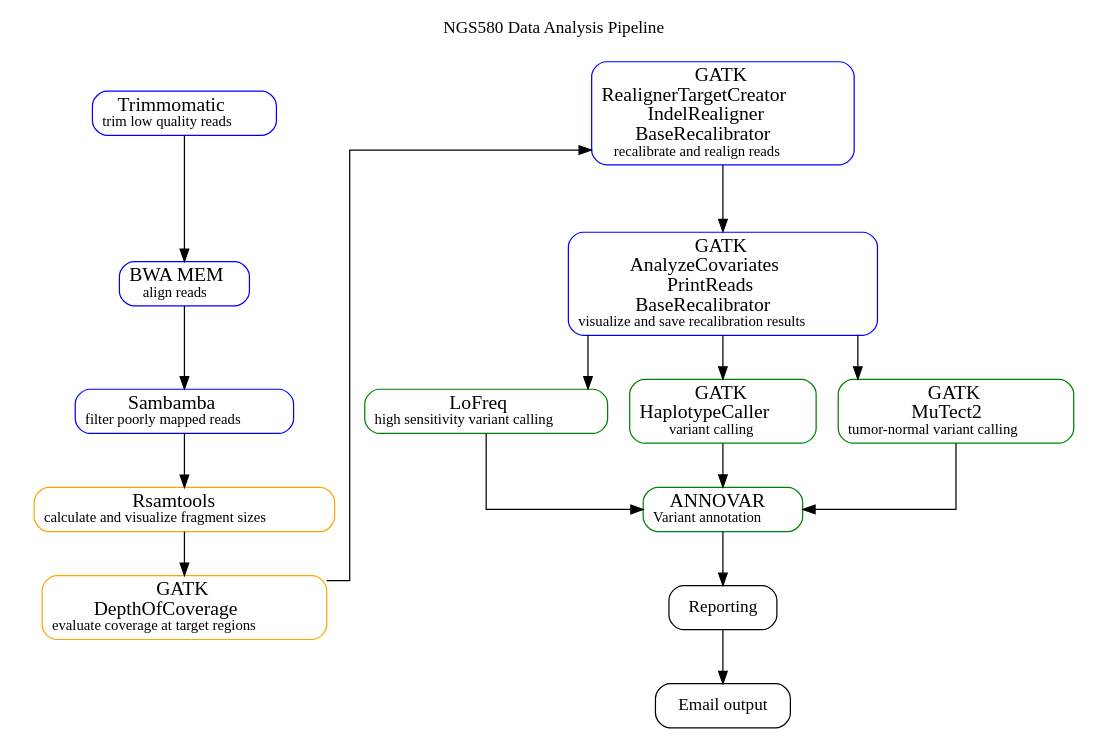
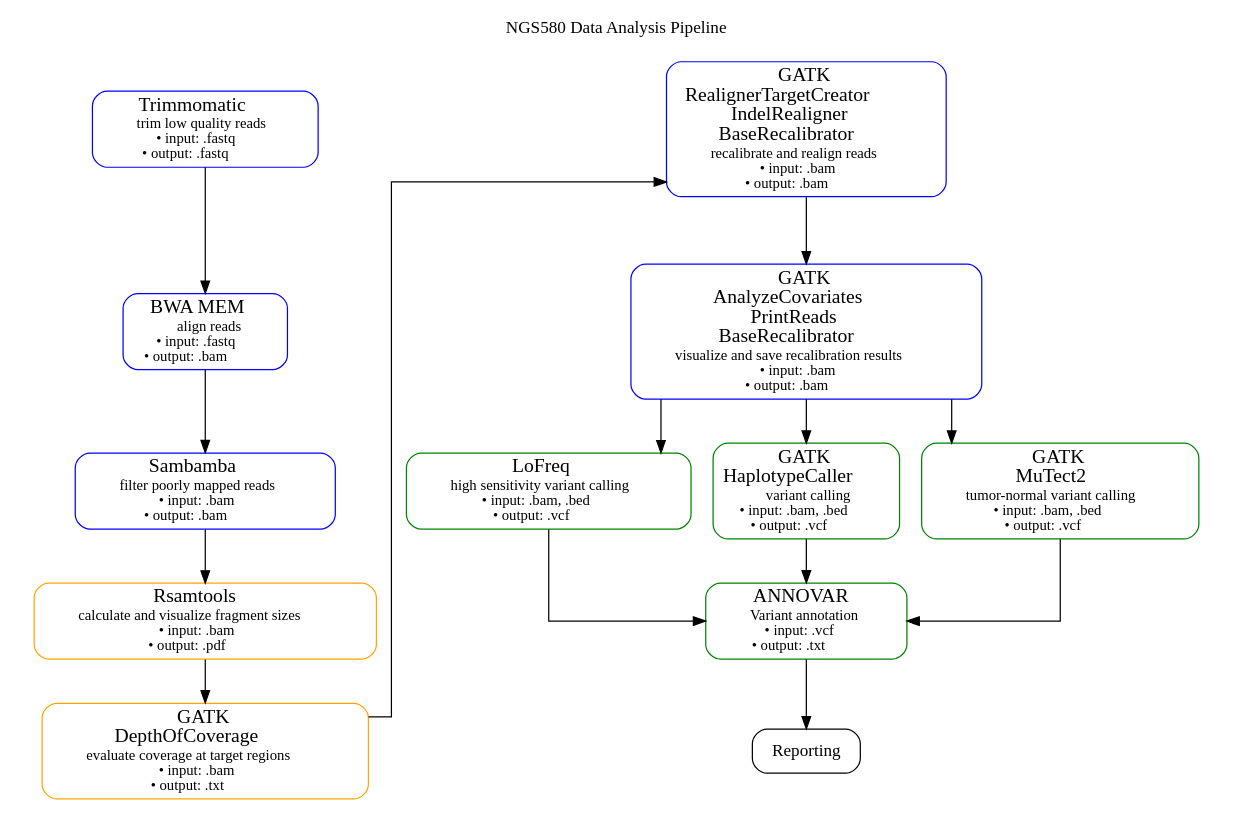
Before and after one commit to NYU-Molecular-Pathology/writeup: the diagram in pipline_workflow.dot, drawn with Graphviz. The commit also changed 2 other files, not shown here.

Commit message:
update pipeline workflow

```diff
--- a/pipline_workflow.dot
+++ b/pipline_workflow.dot
@@ -1,111 +1,163 @@
 digraph sns_pipeline {
-// overall graph label 
+// overall graph label
 label="NGS580 Data Analysis Pipeline\n\n"
 labelloc="t";
 
 
 
 // define all the nodes in the order of appearance
-Trimmomatic 
-BWA_MEM 
+Trimmomatic
+BWA_MEM
 Sambamba
 Rsamtools
 GATK_DepthOfCoverage
 GATK_Realign
 GATK_Recalibrate
 LoFreq
 GATK_HaplotypeCaller
 GATK_MuTect2
 ANNOVAR
 Reporting
-email
+
 
 // add styles and labels to the pipeline steps
 
-// quality control pipeline steps - 
+
+// pre-processing pipeline steps
+Trimmomatic [
+    label=<<FONT POINT-SIZE="16">Trimmomatic</FONT><BR />
+    <FONT POINT-SIZE="12">
+    trim low quality reads<BR />
+    &#8226; input: .fastq<BR />
+    &#8226; output: .fastq
+    </FONT>>,
+    style=rounded, shape=box, color=Blue
+    ]
+
+BWA_MEM [
+    label=<<FONT POINT-SIZE="16">BWA MEM</FONT><BR />
+    <FONT POINT-SIZE="12">
+    align reads<BR />
+    &#8226; input: .fastq<BR />
+    &#8226; output: .bam
+    </FONT>>,
+    style=rounded, shape=box, color=Blue
+    ]
+
+Sambamba [
+    label=<<FONT POINT-SIZE="16">Sambamba</FONT><BR />
+    <FONT POINT-SIZE="12">
+    filter poorly mapped reads<BR />
+    &#8226; input: .bam<BR />
+    &#8226; output: .bam
+    </FONT>>,
+    style=rounded, shape=box, color=Blue
+    ]
+
+GATK_Realign [
+    label=<<FONT POINT-SIZE="16">GATK<BR />RealignerTargetCreator<BR />IndelRealigner<BR />BaseRecalibrator</FONT><BR />
+    <FONT POINT-SIZE="12">
+    recalibrate and realign reads<BR />
+    &#8226; input: .bam<BR />
+    &#8226; output: .bam
+    </FONT>>,
+    style=rounded, shape=box, color=Blue
+    ]
+
+GATK_Recalibrate [
+    label=<<FONT POINT-SIZE="16">GATK<BR />AnalyzeCovariates<BR />PrintReads<BR />BaseRecalibrator</FONT><BR />
+    <FONT POINT-SIZE="12">
+    visualize and save recalibration results<BR />
+    &#8226; input: .bam<BR />
+    &#8226; output: .bam
+    </FONT>>,
+    style=rounded, shape=box, color=Blue
+    ]
+
+// quality control pipeline steps -
 Rsamtools [
-    label=<<FONT POINT-SIZE="16">Rsamtools</FONT><BR /><FONT POINT-SIZE="12">calculate and visualize fragment sizes</FONT>>,
+    label=<<FONT POINT-SIZE="16">Rsamtools</FONT><BR />
+    <FONT POINT-SIZE="12">
+    calculate and visualize fragment sizes<BR />
+    &#8226; input: .bam<BR />
+    &#8226; output: .pdf
+    </FONT>>,
     style=rounded, shape=box, color=Orange
     ]
 
 GATK_DepthOfCoverage [
-    label=<<FONT POINT-SIZE="16">GATK<BR />DepthOfCoverage</FONT><BR /><FONT POINT-SIZE="12">evaluate coverage at target regions</FONT>>,
+    label=<<FONT POINT-SIZE="16">GATK<BR />DepthOfCoverage</FONT><BR />
+    <FONT POINT-SIZE="12">
+    evaluate coverage at target regions<BR />
+    &#8226; input: .bam<BR />
+    &#8226; output: .txt
+    </FONT>>,
     style=rounded, shape=box, color=Orange
     ]
 
-// pre-processing pipeline steps
-Trimmomatic [
-    label=<<FONT POINT-SIZE="16">Trimmomatic</FONT><BR /><FONT POINT-SIZE="12">trim low quality reads</FONT>>,
-    style=rounded, shape=box, color=Blue
-    ]
-
-BWA_MEM [
-    label=<<FONT POINT-SIZE="16">BWA MEM</FONT><BR /><FONT POINT-SIZE="12">align reads</FONT>>,
-    style=rounded, shape=box, color=Blue
-    ]
-
-Sambamba [
-    label=<<FONT POINT-SIZE="16">Sambamba</FONT><BR /><FONT POINT-SIZE="12">filter poorly mapped reads</FONT>>,
-    style=rounded, shape=box, color=Blue
-    ]
-
-GATK_Realign [
-    label=<<FONT POINT-SIZE="16">GATK<BR />RealignerTargetCreator<BR />IndelRealigner<BR />BaseRecalibrator</FONT><BR /><FONT POINT-SIZE="12">recalibrate and realign reads</FONT>>,
-    style=rounded, shape=box, color=Blue
-    ]
-
-GATK_Recalibrate [
-    label=<<FONT POINT-SIZE="16">GATK<BR />AnalyzeCovariates<BR />PrintReads<BR />BaseRecalibrator</FONT><BR /><FONT POINT-SIZE="12">visualize and save recalibration results</FONT>>,
-    style=rounded, shape=box, color=Blue
-    ]
 
 // Variant Calling pipeline steps
 LoFreq [
-    label=<<FONT POINT-SIZE="16">LoFreq</FONT><BR /><FONT POINT-SIZE="12">high sensitivity variant calling</FONT>>,
+    label=<<FONT POINT-SIZE="16">LoFreq</FONT><BR />
+    <FONT POINT-SIZE="12">
+    high sensitivity variant calling<BR />
+    &#8226; input: .bam, .bed<BR />
+    &#8226; output: .vcf
+    </FONT>>,
     style=rounded, shape=box, color=Green
     ]
 
 GATK_HaplotypeCaller [
-    label=<<FONT POINT-SIZE="16">GATK<BR />HaplotypeCaller</FONT><BR /><FONT POINT-SIZE="12">variant calling</FONT>>,
+    label=<<FONT POINT-SIZE="16">GATK<BR />HaplotypeCaller</FONT><BR />
+    <FONT POINT-SIZE="12">
+    variant calling<BR />
+    &#8226; input: .bam, .bed<BR />
+    &#8226; output: .vcf
+    </FONT>>,
     style=rounded, shape=box, color=Green
     ]
 
 GATK_MuTect2 [
-    label=<<FONT POINT-SIZE="16">GATK<BR />MuTect2</FONT><BR /><FONT POINT-SIZE="12">tumor-normal variant calling</FONT>>,
+    label=<<FONT POINT-SIZE="16">GATK<BR />MuTect2</FONT><BR />
+    <FONT POINT-SIZE="12">
+    tumor-normal variant calling<BR />
+    &#8226; input: .bam, .bed<BR />
+    &#8226; output: .vcf
+    </FONT>>,
     style=rounded, shape=box, color=Green]
 
 ANNOVAR [
-    label=<<FONT POINT-SIZE="16">ANNOVAR</FONT><BR /><FONT POINT-SIZE="12">Variant annotation</FONT>>,
+    label=<<FONT POINT-SIZE="16">ANNOVAR</FONT><BR />
+    <FONT POINT-SIZE="12">
+    Variant annotation<BR />
+    &#8226; input: .vcf<BR />
+    &#8226; output: .txt
+    </FONT>>,
     style=rounded, shape=box, color=Green
     ]
 
 // custom downstream steps
 node []
 Reporting [
-    style=rounded, shape=box, color=Black
-    ]
-    
-email [
-    label="Email output",
     style=rounded, shape=box, color=Black
     ]
 
 // layout
     subgraph cluster1 {
         style="invis"
         Trimmomatic -> BWA_MEM -> Sambamba -> Rsamtools -> GATK_DepthOfCoverage
     }
 
     subgraph cluster2 {
         style="invis"
          GATK_Realign -> GATK_Recalibrate
          GATK_Recalibrate -> LoFreq -> ANNOVAR
          GATK_Recalibrate -> GATK_HaplotypeCaller -> ANNOVAR
          GATK_Recalibrate -> GATK_MuTect2 -> ANNOVAR
     }
-    
+
     splines="ortho"
     {rank=same Trimmomatic GATK_Realign}
     GATK_DepthOfCoverage -> GATK_Realign [constraint=false]
-    ANNOVAR -> Reporting -> email
+    ANNOVAR -> Reporting
 }
```
